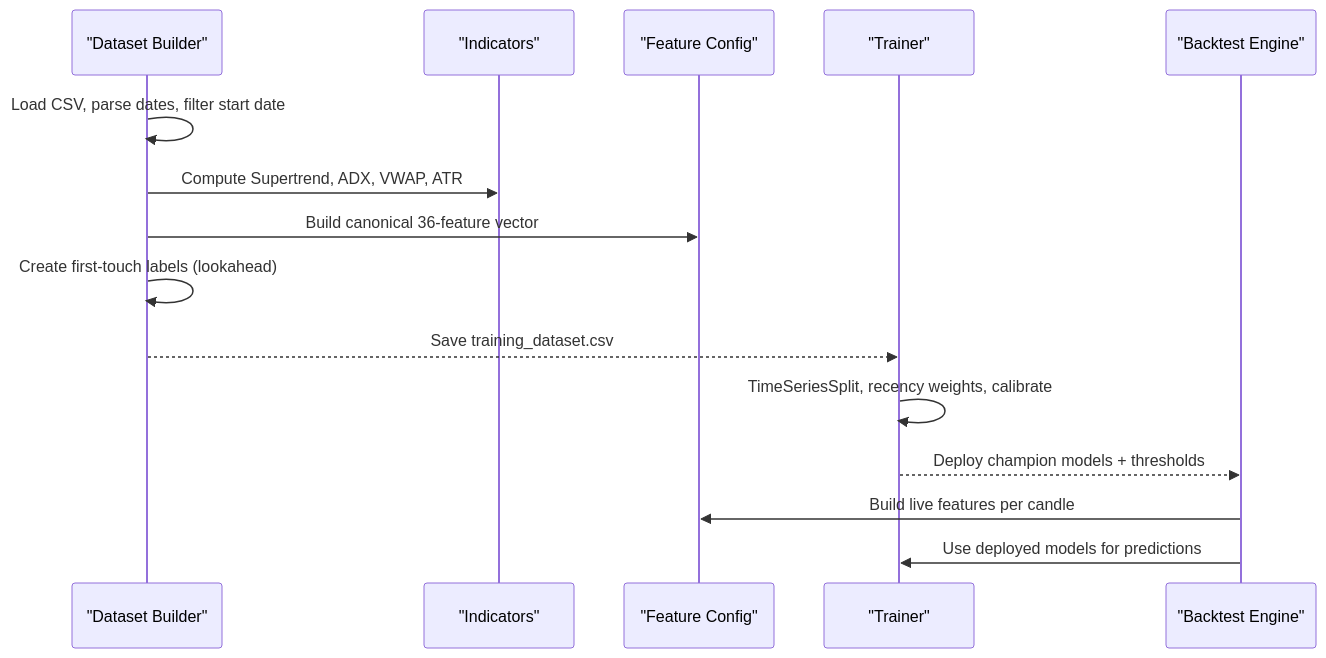
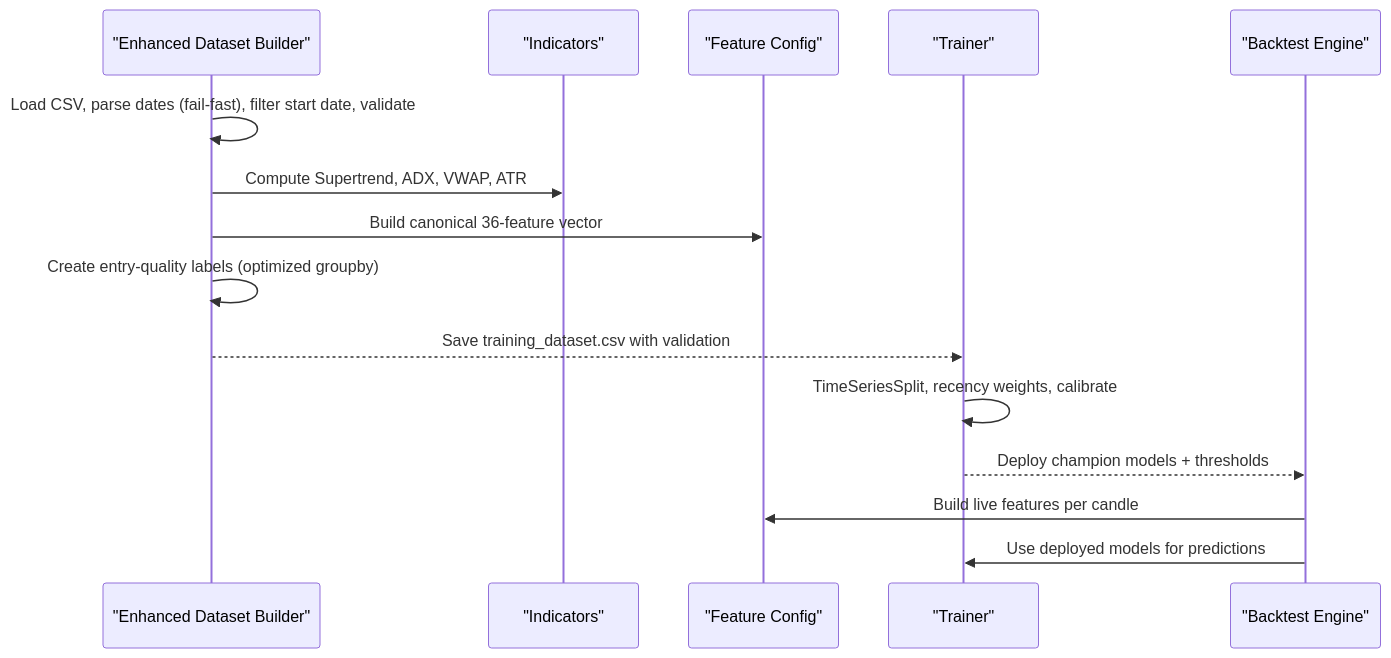
One commit to tauqeersiddiqui-art/tradingsystem changed the second of 4 diagrams in .qoder/repowiki/en/content/Machine Learning Pipeline/Feature Engineering/Dataset Construction.md. Above: the diagram before and after it, drawn with Mermaid. The commit also changed other lines of this file and 71 other files, not shown here.

Commit message:
Add rejection-first entry quality filters, entry-quality ML target with fail-hard pipeline, post-trade loss classification, and reproducible Phase-8 backtest

````diff
--- a/.qoder/repowiki/en/content/Machine Learning Pipeline/Feature Engineering/Dataset Construction.md
+++ b/.qoder/repowiki/en/content/Machine Learning Pipeline/Feature Engineering/Dataset Construction.md
@@ -85,17 +95,17 @@
 ```mermaid
 sequenceDiagram
-participant DS as "Dataset Builder"
+participant DS as "Enhanced Dataset Builder"
 participant IND as "Indicators"
 participant FC as "Feature Config"
 participant TR as "Trainer"
 participant BT as "Backtest Engine"
-DS->>DS : Load CSV, parse dates, filter start date
+DS->>DS : Load CSV, parse dates (fail-fast), filter start date, validate
 DS->>IND : Compute Supertrend, ADX, VWAP, ATR
 DS->>FC : Build canonical 36-feature vector
-DS->>DS : Create first-touch labels (lookahead)
-DS-->>TR : Save training_dataset.csv
+DS->>DS : Create entry-quality labels (optimized groupby)
+DS-->>TR : Save training_dataset.csv with validation
 TR->>TR : TimeSeriesSplit, recency weights, calibrate
 TR-->>BT : Deploy champion models + thresholds
 BT->>FC : Build live features per candle
 BT->>TR : Use deployed models for predictions
 ```
````
